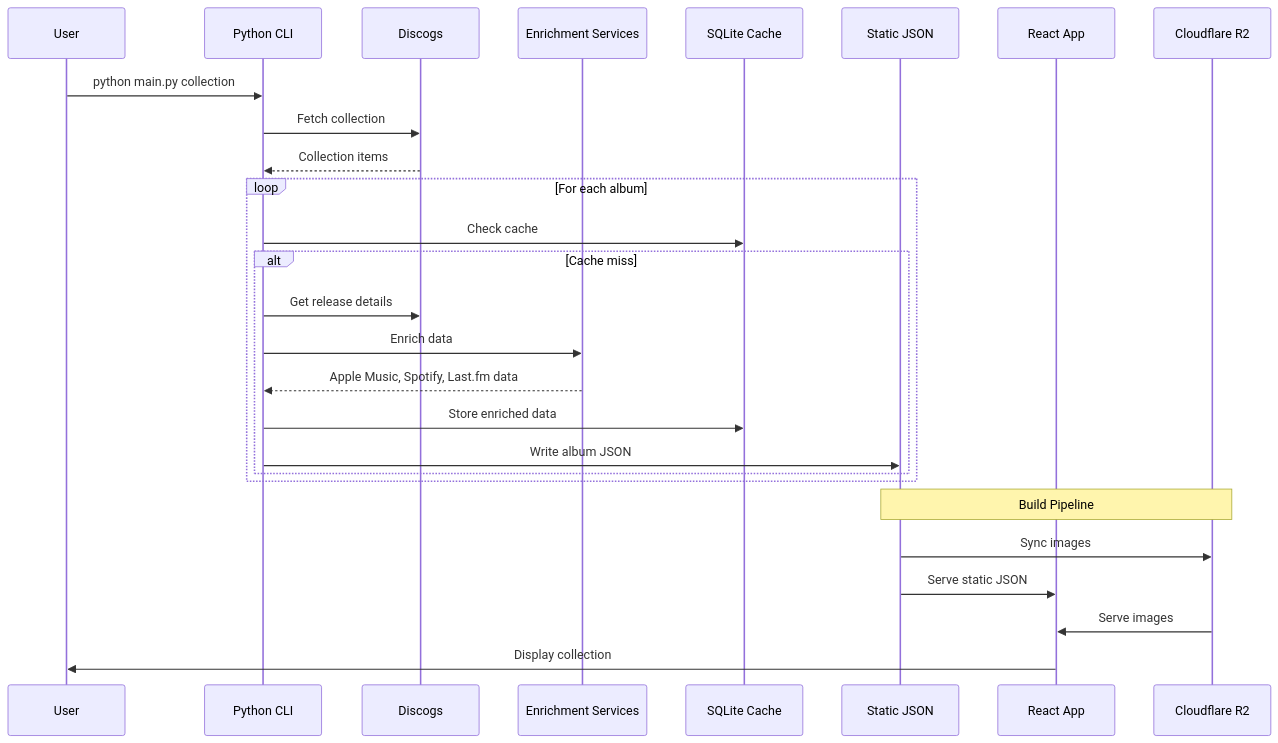
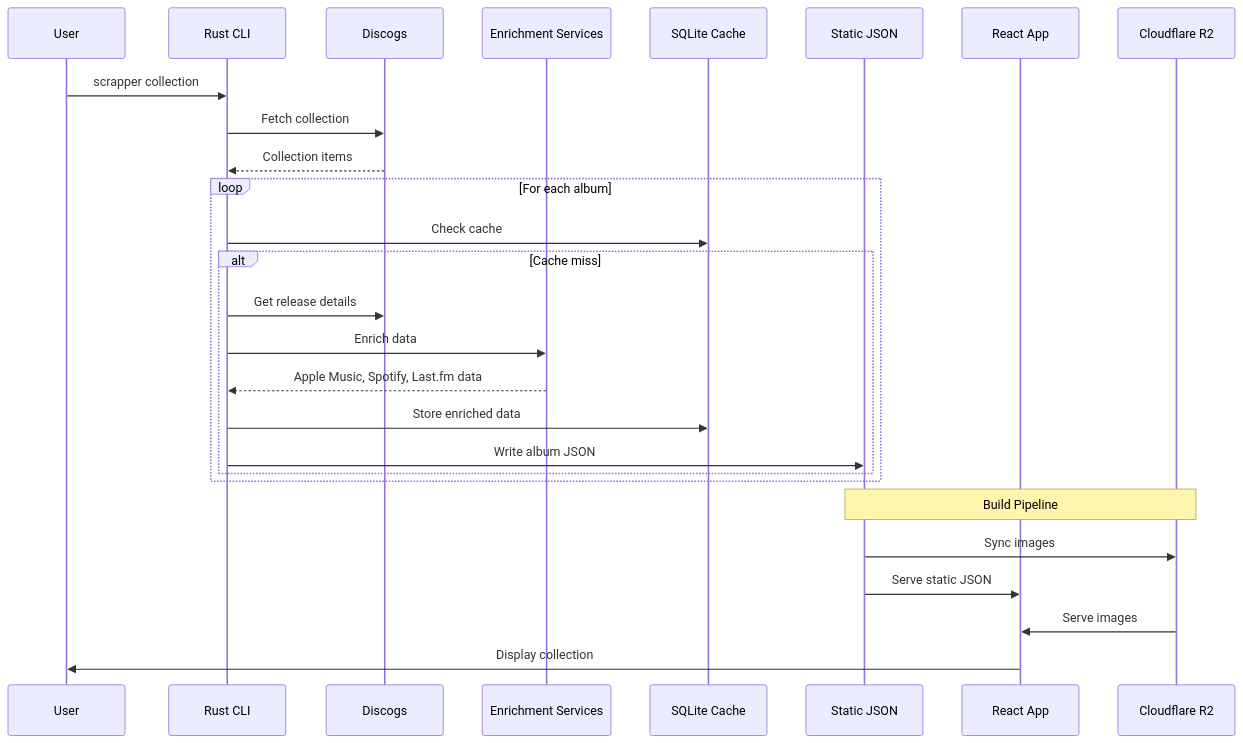
Before and after one commit to russmckendrick/russ-fm: the second of 2 diagrams in docs/README.md, drawn with Mermaid. The commit also changed other lines of this file and 1137 other files, not shown here.

First line of the commit message:
✨ feat(scrapper): TUI overhaul + artist enrichment, local install, retire Python backend

````diff
--- a/docs/README.md
+++ b/docs/README.md
@@ -111,32 +110,32 @@
 ```mermaid
 sequenceDiagram
     participant User
-    participant CLI as Python CLI
+    participant CLI as Rust CLI
     participant Discogs
     participant Services as Enrichment Services
     participant DB as SQLite Cache
     participant JSON as Static JSON
     participant Frontend as React App
     participant R2 as Cloudflare R2
 
-    User->>CLI: python main.py collection
+    User->>CLI: scrapper collection
     CLI->>Discogs: Fetch collection
     Discogs-->>CLI: Collection items
 
     loop For each album
         CLI->>DB: Check cache
         alt Cache miss
             CLI->>Discogs: Get release details
             CLI->>Services: Enrich data
             Services-->>CLI: Apple Music, Spotify, Last.fm data
             CLI->>DB: Store enriched data
             CLI->>JSON: Write album JSON
         end
     end
 
     Note over JSON,R2: Build Pipeline
     JSON->>R2: Sync images
     JSON->>Frontend: Serve static JSON
     R2->>Frontend: Serve images
     Frontend->>User: Display collection
 ```
````
